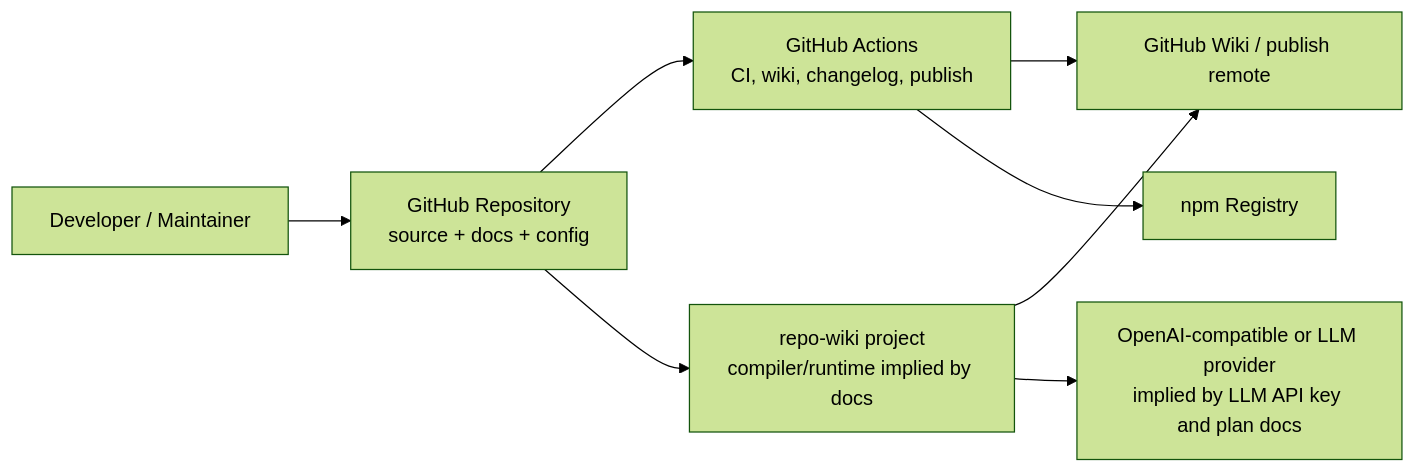
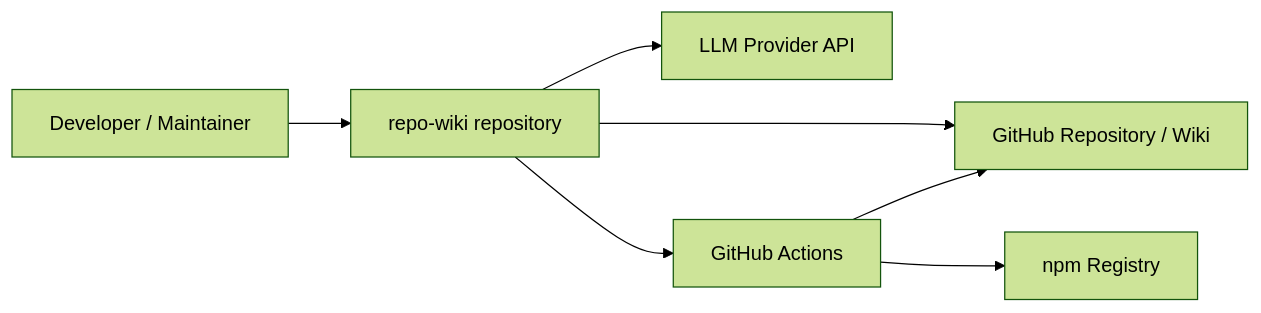
One commit to mfittko/repo-wiki changed the first of 4 diagrams in Architecture.md. Above: the diagram before and after it, drawn with Mermaid (forest theme). The commit also changed other lines of this file and 46 other files, not shown here.

Commit message:
Compile repository wiki 2026-06-13T09:19:47.014Z

````diff
--- a/Architecture.md
+++ b/Architecture.md
@@ -55,18 +40,16 @@
 ```mermaid
 flowchart LR
-    Developer["Developer / Maintainer"]
-    GitHubRepo["GitHub Repository\nsource + docs + config"]
-    RepoWiki["repo-wiki project\ncompiler/runtime implied by docs"]
-    GitHubActions["GitHub Actions\nCI, wiki, changelog, publish"]
-    GitHubWiki["GitHub Wiki / publish remote"]
-    NpmRegistry["npm Registry"]
-    LLMProvider["OpenAI-compatible or LLM provider\nimplied by LLM API key and plan docs"]
+  Developer["Developer / Maintainer"]
+  Repo["repo-wiki repository"]
+  GitHub["GitHub Repository / Wiki"]
+  LLM["LLM Provider API"]
+  NPM["npm Registry"]
+  CI["GitHub Actions"]
 
-    Developer --> GitHubRepo
-    GitHubRepo --> GitHubActions
-    GitHubRepo --> RepoWiki
-    RepoWiki --> GitHubWiki
-    RepoWiki --> LLMProvider
-    GitHubActions --> GitHubWiki
-    GitHubActions --> NpmRegistry
+  Developer --> Repo
+  Repo --> CI
+  CI --> GitHub
+  CI --> NPM
+  Repo --> GitHub
+  Repo --> LLM
 ```
````
